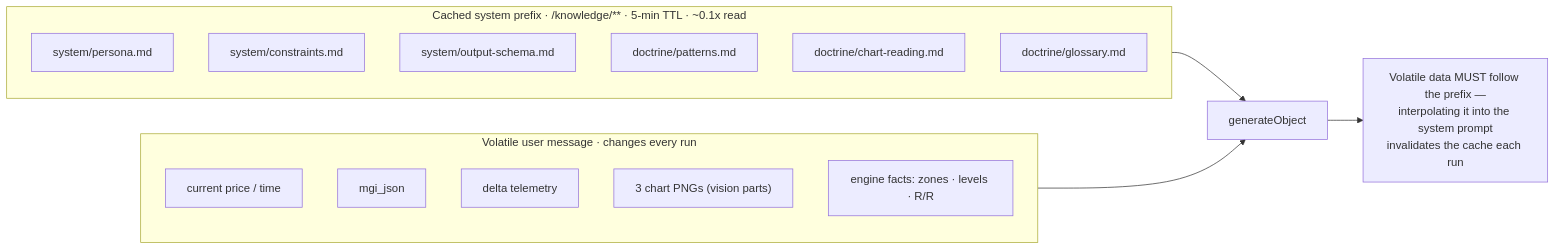
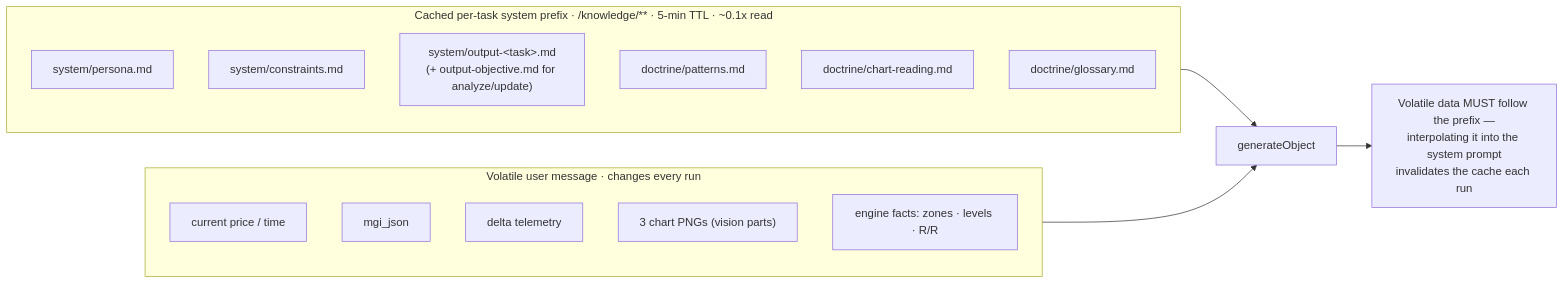
The third of 3 diagrams in docs/diagrams/llm-call-flow.md (Leverage-Workshop/gekko), drawn with Mermaid before and after one commit. The commit also changed 23 other files, not shown here.

First line of the commit message:
refactor: restructure model-facing system prompt into per-task doctrine prefixes

````diff
--- a/docs/diagrams/llm-call-flow.md
+++ b/docs/diagrams/llm-call-flow.md
@@ -69,21 +69,21 @@
 ```mermaid
 graph LR
-  subgraph cached["Cached system prefix · /knowledge/** · 5-min TTL · ~0.1x read"]
+  subgraph cached["Cached per-task system prefix · /knowledge/** · 5-min TTL · ~0.1x read"]
     P["system/persona.md"]
     C["system/constraints.md"]
-    OS["system/output-schema.md"]
+    OS["system/output-&lt;task&gt;.md<br/>(+ output-objective.md for analyze/update)"]
     PAT["doctrine/patterns.md"]
     CR["doctrine/chart-reading.md"]
     GL["doctrine/glossary.md"]
   end
   subgraph volatile["Volatile user message · changes every run"]
     CP["current price / time"]
     MGI["mgi_json"]
     TEL["delta telemetry"]
     IMG["3 chart PNGs (vision parts)"]
     FACT["engine facts: zones · levels · R/R"]
   end
   cached --> CALL["generateObject"]
   volatile --> CALL
   CALL --> RULE["Volatile data MUST follow the prefix —<br/>interpolating it into the system prompt<br/>invalidates the cache each run"]
 ```
````
